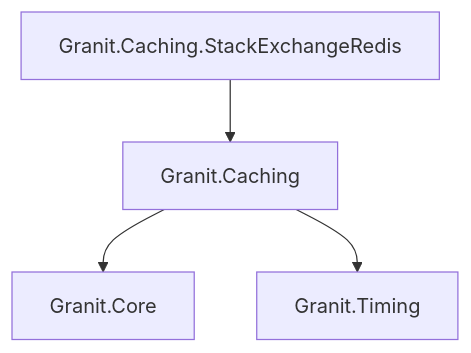
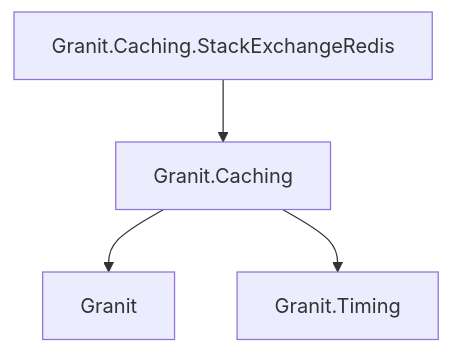
The first of 4 diagrams in docs-site/src/content/docs/dotnet/data/caching.mdx (granit-fx/granit-dotnet), drawn with Mermaid before and after one commit. The commit also changed other lines of this file and 153 other files, not shown here.

````diff
--- a/docs-site/src/content/docs/dotnet/data/caching.mdx
+++ b/docs-site/src/content/docs/dotnet/data/caching.mdx
@@ -32,6 +32,6 @@
 ```mermaid
 graph TD
-    C[Granit.Caching] --> CO[Granit.Core]
+    C[Granit.Caching] --> CO[Granit]
     C --> T[Granit.Timing]
     R[Granit.Caching.StackExchangeRedis] --> C
 ```
````
